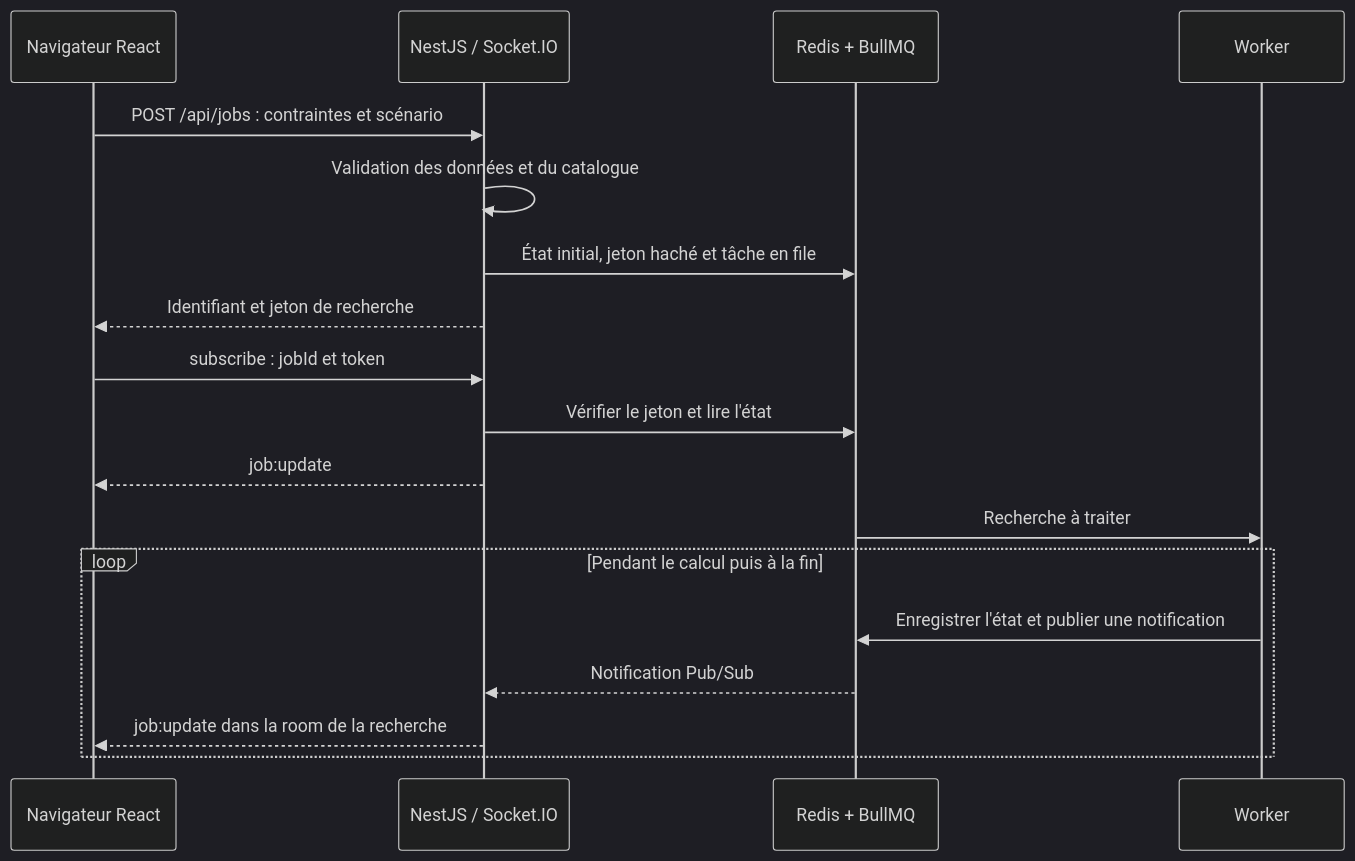
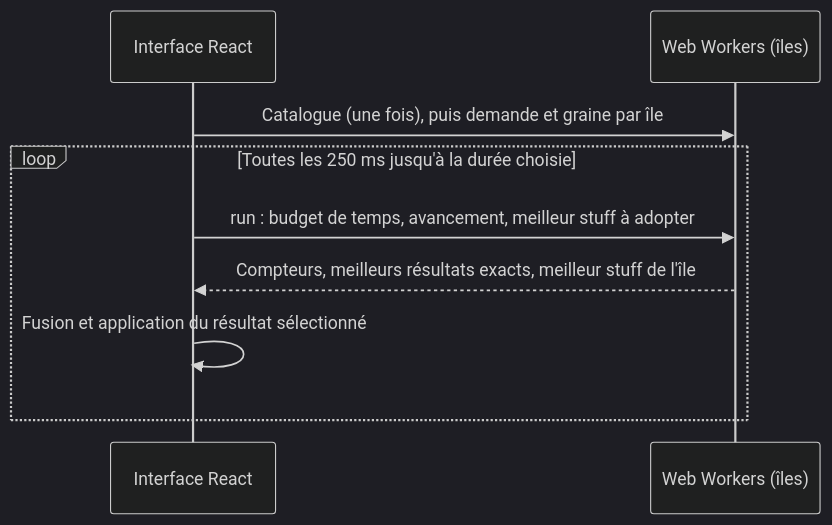
Before and after one commit to LeandreBl/dofus-stuffer: the diagram in docs/ARCHITECTURE.md, drawn with Mermaid (dark theme). The commit also changed other lines of this file and 63 other files, not shown here.

First line of the commit message:
feat: run the stuff search in the browser

````diff
--- a/docs/ARCHITECTURE.md
+++ b/docs/ARCHITECTURE.md
@@ -23,20 +21,11 @@
 ```mermaid
 sequenceDiagram
-    participant UI as Navigateur React
-    participant API as NestJS / Socket.IO
-    participant R as Redis + BullMQ
-    participant W as Worker
-    UI->>API: POST /api/jobs : contraintes et scénario
-    API->>API: Validation des données et du catalogue
-    API->>R: État initial, jeton haché et tâche en file
-    API-->>UI: Identifiant et jeton de recherche
-    UI->>API: subscribe : jobId et token
-    API->>R: Vérifier le jeton et lire l'état
-    API-->>UI: job:update
-    R->>W: Recherche à traiter
-    loop Pendant le calcul puis à la fin
-        W->>R: Enregistrer l'état et publier une notification
-        R-->>API: Notification Pub/Sub
-        API-->>UI: job:update dans la room de la recherche
+    participant UI as Interface React
+    participant W as Web Workers (îles)
+    UI->>W: Catalogue (une fois), puis demande et graine par île
+    loop Toutes les 250 ms jusqu'à la durée choisie
+        UI->>W: run : budget de temps, avancement, meilleur stuff à adopter
+        W-->>UI: Compteurs, meilleurs résultats exacts, meilleur stuff de l'île
+        UI->>UI: Fusion et application du résultat sélectionné
     end
 ```
````
